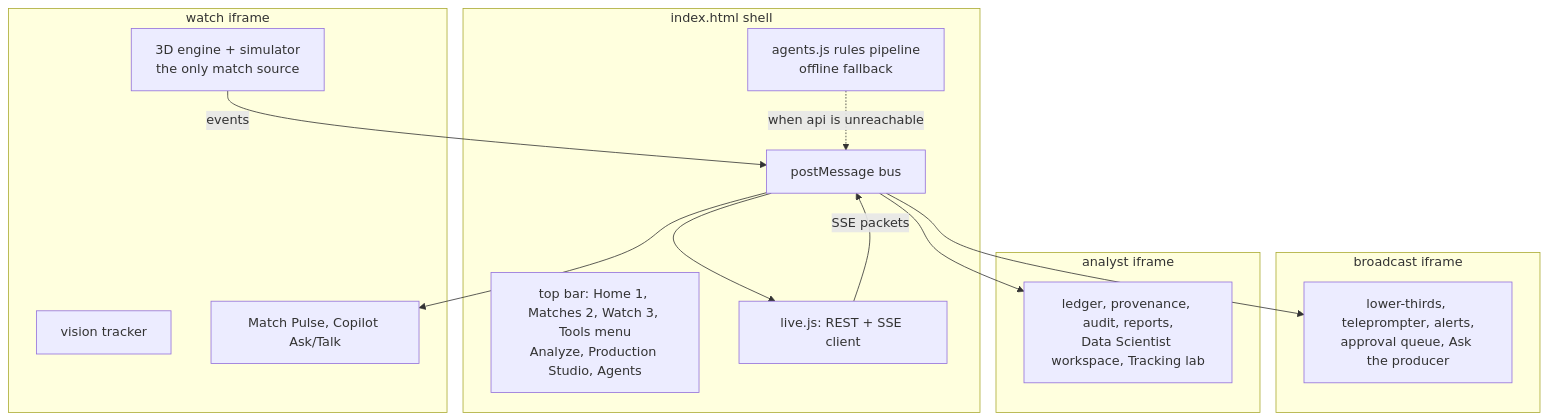
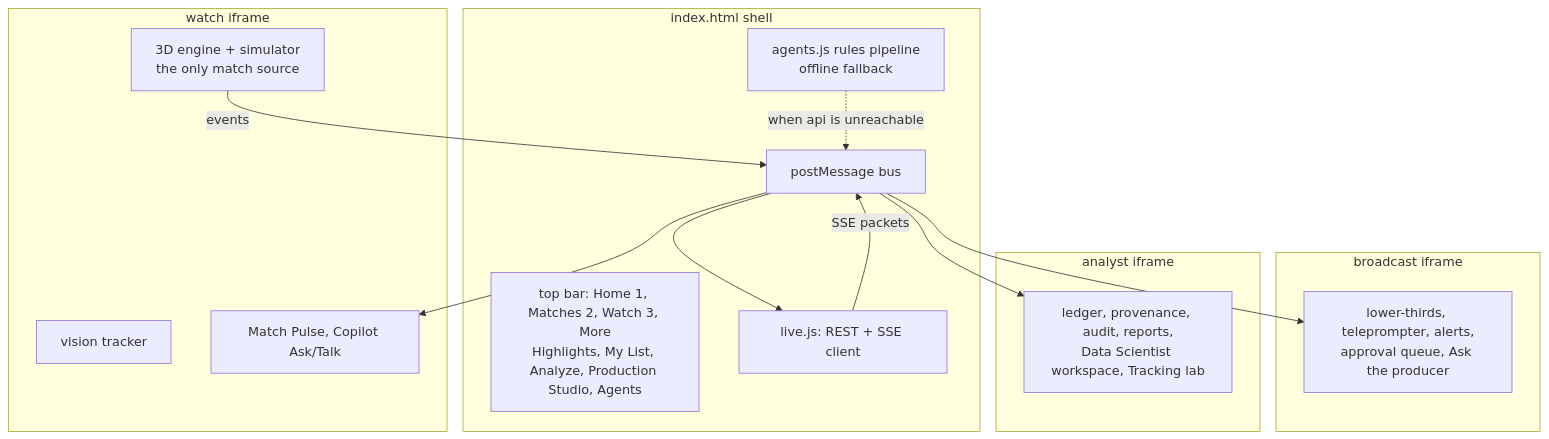
Before and after one commit to Crafted-by-Akshay/matchcast: the diagram in docs/architecture/11-frontend.md, drawn with Mermaid. The commit also changed other lines of this file and 5 other files, not shown here.

````diff
--- a/docs/architecture/11-frontend.md
+++ b/docs/architecture/11-frontend.md
@@ -7,27 +7,27 @@
 ```mermaid
 flowchart TB
   subgraph Shell[index.html shell]
-    bar[top bar: Home 1, Matches 2, Watch 3, Tools menu<br/>Analyze, Production Studio, Agents]
+    bar[top bar: Home 1, Matches 2, Watch 3, More<br/>Highlights, My List, Analyze, Production Studio, Agents]
     bus[postMessage bus]
     live[live.js: REST + SSE client]
     ag[agents.js rules pipeline<br/>offline fallback]
   end
   subgraph W[watch iframe]
     eng[3D engine + simulator<br/>the only match source]
     vis[vision tracker]
     pulse[Match Pulse, Copilot Ask/Talk]
   end
   subgraph B[broadcast iframe]
     lt[lower-thirds, teleprompter, alerts,<br/>approval queue, Ask the producer]
   end
   subgraph A[analyst iframe]
     led[ledger, provenance, audit, reports,<br/>Data Scientist workspace, Tracking lab]
   end
   eng -- events --> bus
   bus --> live
   live -- SSE packets --> bus
   bus --> pulse
   bus --> lt
   bus --> led
   ag -. when api is unreachable .-> bus
 ```
````
